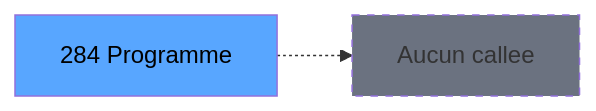
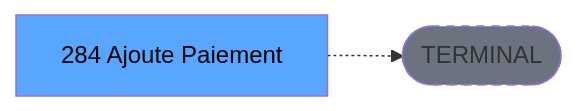
The third of 3 diagrams in .openspec/renders/ADH-IDE-284.md (thonyAGP/lecteur-magic), drawn with Mermaid before and after one commit. The commit also changed other lines of this file and 701 other files, not shown here.

````diff
--- a/.openspec/renders/ADH-IDE-284.md
+++ b/.openspec/renders/ADH-IDE-284.md
@@ -130,8 +134,8 @@
 ```mermaid
 graph LR
-    T[284 Programme]
-    NONE[Aucun callee]
-    T -.-> NONE
+    T[284 Ajoute Paiement]
+    TERM([TERMINAL])
+    T -.-> TERM
+    style TERM fill:#6b7280,stroke-dasharray: 5 5
     style T fill:#58a6ff,color:#000
-    style NONE fill:#6b7280,stroke-dasharray: 5 5
 ```
````
